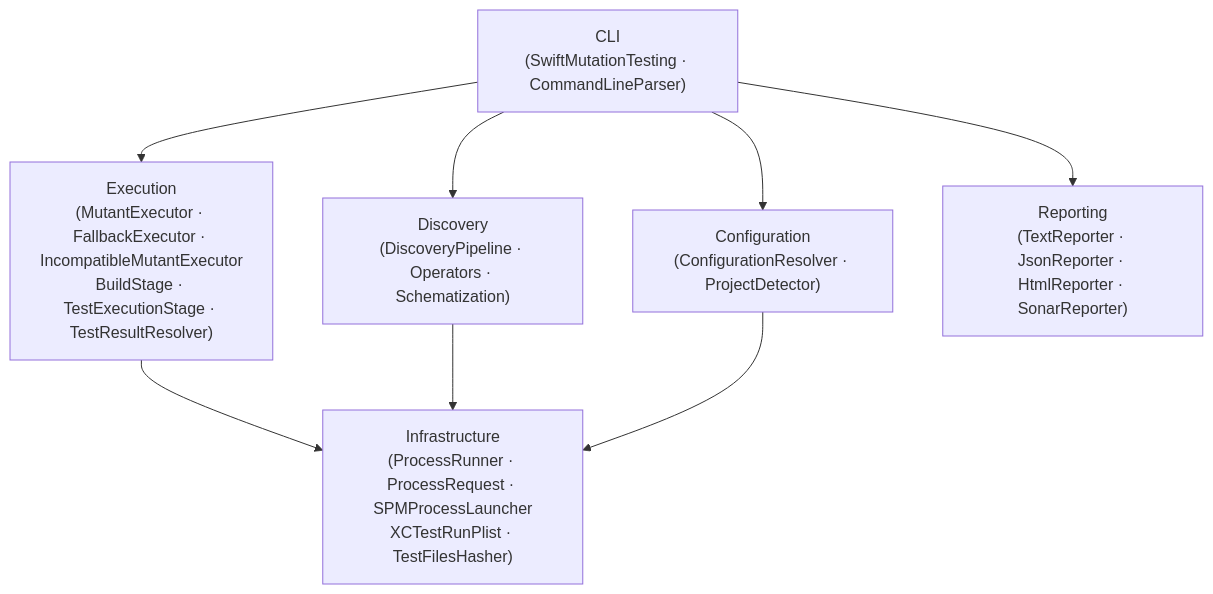
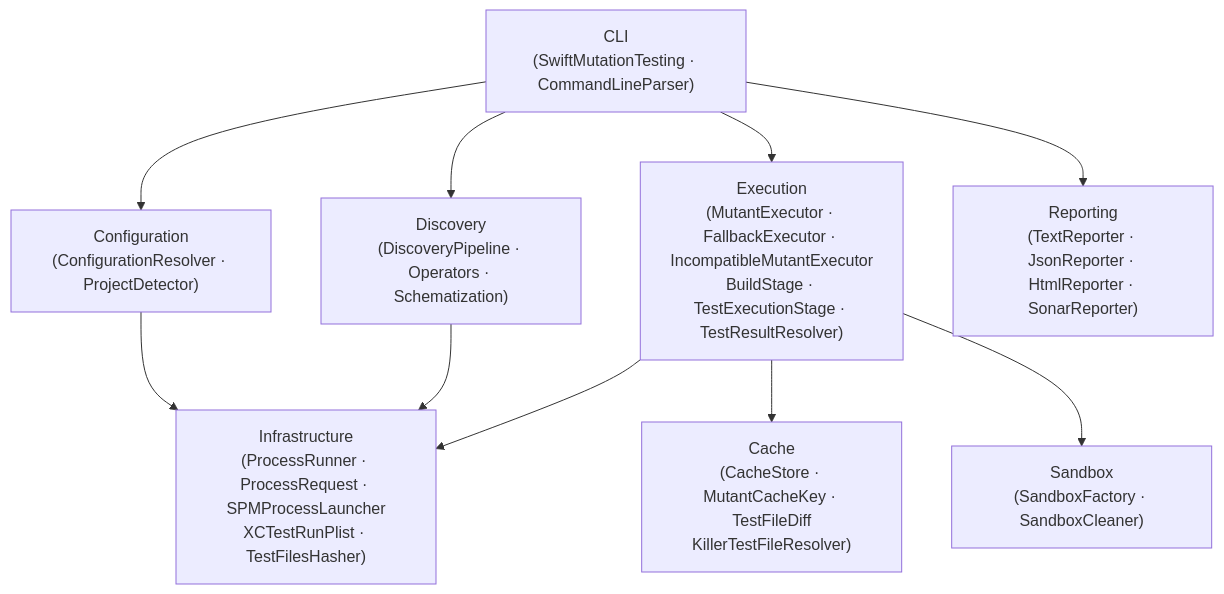
One commit to ericodx/swift-mutation-testing changed the first of 3 diagrams in Docs/Architecture/01-overview.md. Above: the diagram before and after it, drawn with Mermaid. The commit also changed other lines of this file and 6 other files, not shown here.

Commit message:
docs: update architecture and codebase docs for granular cache and SandboxCleaner

````diff
--- a/Docs/Architecture/01-overview.md
+++ b/Docs/Architecture/01-overview.md
@@ -17,17 +17,21 @@
 ```mermaid
 graph TD
     CLI["CLI\n(SwiftMutationTesting · CommandLineParser)"]
     CONFIG["Configuration\n(ConfigurationResolver · ProjectDetector)"]
     DISCOVERY["Discovery\n(DiscoveryPipeline · Operators · Schematization)"]
     EXECUTION["Execution\n(MutantExecutor · FallbackExecutor · IncompatibleMutantExecutor\nBuildStage · TestExecutionStage · TestResultResolver)"]
     REPORTING["Reporting\n(TextReporter · JsonReporter · HtmlReporter · SonarReporter)"]
     INFRA["Infrastructure\n(ProcessRunner · ProcessRequest · SPMProcessLauncher\nXCTestRunPlist · TestFilesHasher)"]
+    CACHE["Cache\n(CacheStore · MutantCacheKey · TestFileDiff\nKillerTestFileResolver)"]
+    SANDBOX["Sandbox\n(SandboxFactory · SandboxCleaner)"]
 
     CLI --> CONFIG
     CLI --> DISCOVERY
     CLI --> EXECUTION
     CLI --> REPORTING
     EXECUTION --> INFRA
+    EXECUTION --> CACHE
+    EXECUTION --> SANDBOX
     DISCOVERY --> INFRA
     CONFIG --> INFRA
 ```
````
